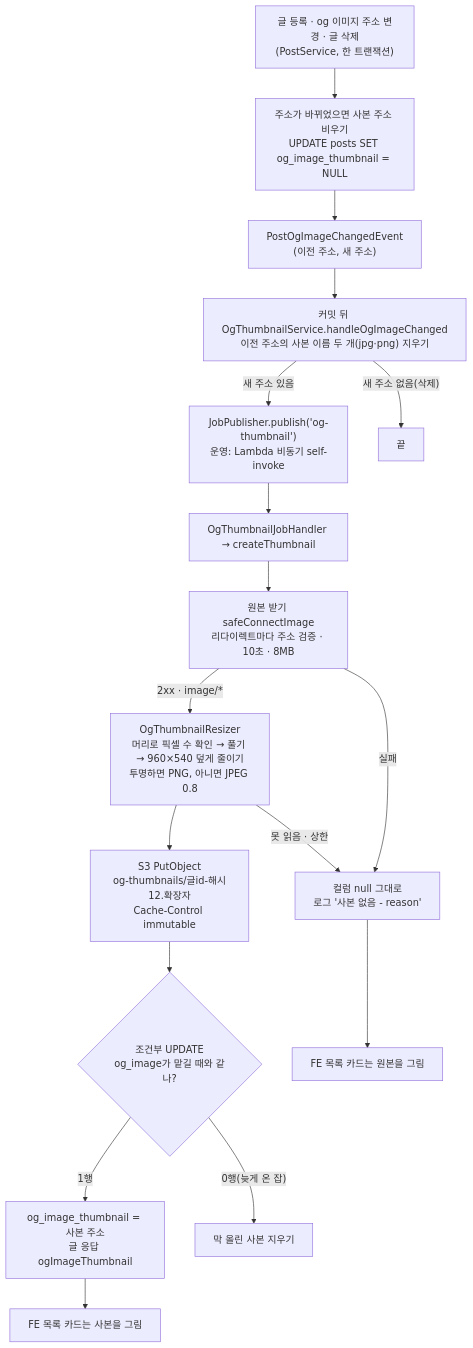
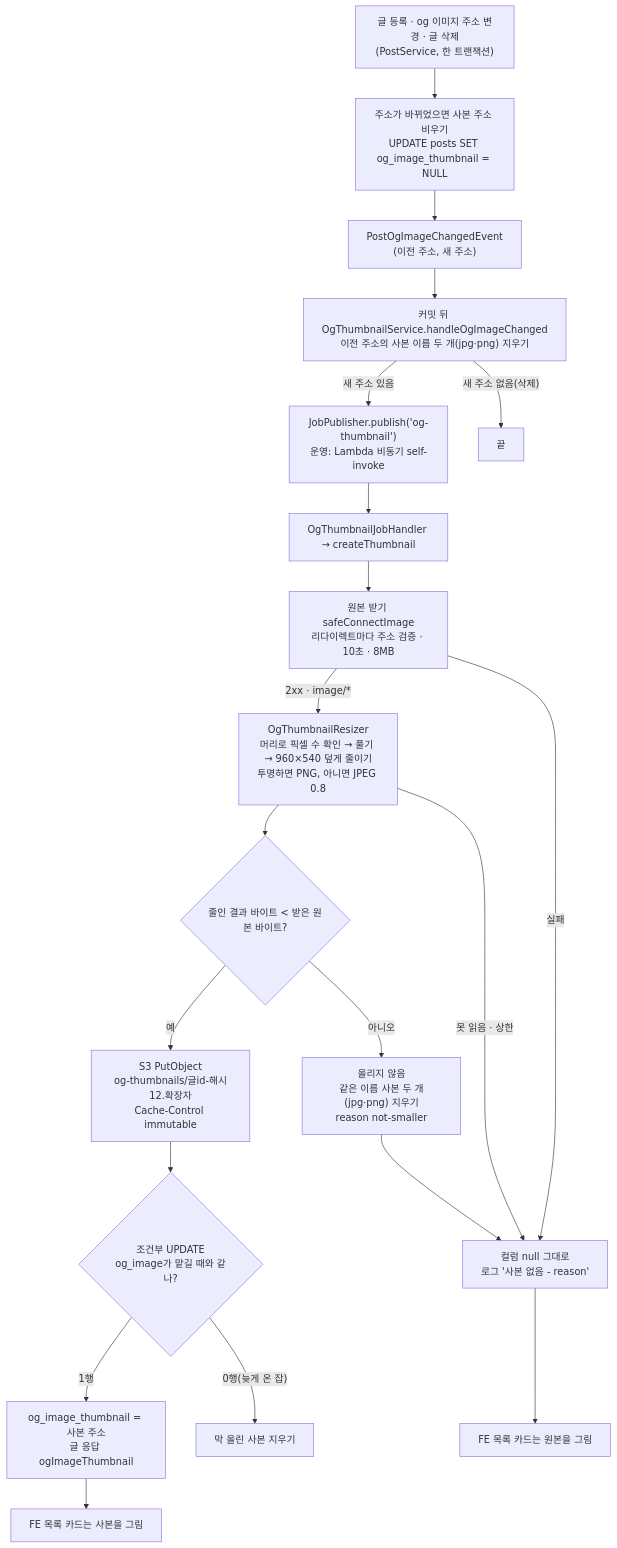
The diagram in docs/OG-THUMBNAIL.md (BAECHAN/link-sphere_BE_NEW), drawn with Mermaid before and after one commit. The commit also changed other lines of this file and 6 other files, not shown here.

````diff
--- a/docs/OG-THUMBNAIL.md
+++ b/docs/OG-THUMBNAIL.md
@@ -22,19 +23,22 @@
 ```mermaid
 flowchart TD
   A["글 등록 · og 이미지 주소 변경 · 글 삭제<br/>(PostService, 한 트랜잭션)"] --> B["주소가 바뀌었으면 사본 주소 비우기<br/>UPDATE posts SET og_image_thumbnail = NULL"]
   B --> C["PostOgImageChangedEvent<br/>(이전 주소, 새 주소)"]
   C --> D["커밋 뒤 OgThumbnailService.handleOgImageChanged<br/>이전 주소의 사본 이름 두 개(jpg·png) 지우기"]
   D -->|"새 주소 있음"| E["JobPublisher.publish('og-thumbnail')<br/>운영: Lambda 비동기 self-invoke"]
   D -->|"새 주소 없음(삭제)"| Z["끝"]
   E --> F["OgThumbnailJobHandler → createThumbnail"]
   F --> G["원본 받기 safeConnectImage<br/>리다이렉트마다 주소 검증 · 10초 · 8MB"]
   G -->|"2xx · image/*"| H["OgThumbnailResizer<br/>머리로 픽셀 수 확인 → 풀기 → 960×540 덮게 줄이기<br/>투명하면 PNG, 아니면 JPEG 0.8"]
   G -->|"실패"| N["컬럼 null 그대로<br/>로그 '사본 없음 - reason'"]
   H -->|"못 읽음 · 상한"| N
-  H --> I["S3 PutObject<br/>og-thumbnails/글id-해시12.확장자<br/>Cache-Control immutable"]
+  H --> S{"줄인 결과 바이트 < 받은 원본 바이트?"}
+  S -->|"아니오"| X["올리지 않음<br/>같은 이름 사본 두 개(jpg·png) 지우기<br/>reason not-smaller"]
+  X --> N
+  S -->|"예"| I["S3 PutObject<br/>og-thumbnails/글id-해시12.확장자<br/>Cache-Control immutable"]
   I --> J{"조건부 UPDATE<br/>og_image가 맡길 때와 같나?"}
   J -->|"1행"| K["og_image_thumbnail = 사본 주소<br/>글 응답 ogImageThumbnail"]
   J -->|"0행(늦게 온 잡)"| L["막 올린 사본 지우기"]
   N --> M["FE 목록 카드는 원본을 그림"]
   K --> P["FE 목록 카드는 사본을 그림"]
 ```
````
